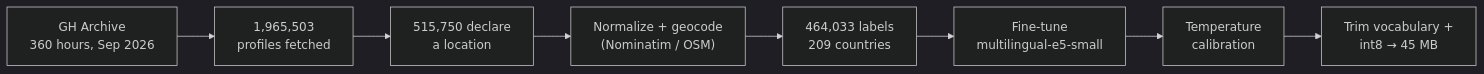
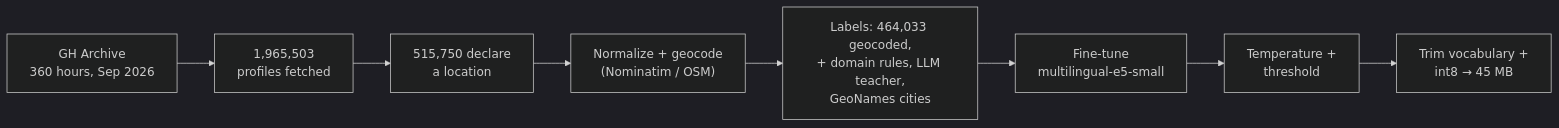
One commit to hsborges-msr/github-country-classifier changed the second of 2 diagrams in README.md. Above: the diagram before and after it, drawn with Mermaid (dark theme). The commit also changed other lines of this file and 6 other files, not shown here.

````diff
--- a/README.md
+++ b/README.md
@@ -137,10 +147,10 @@
 ```mermaid
 flowchart LR
   G["GH Archive<br/>360 hours, Sep 2026"] --> U["1,965,503<br/>profiles fetched"]
   U --> L["515,750 declare<br/>a location"]
   L --> N["Normalize + geocode<br/>(Nominatim / OSM)"]
-  N --> D["464,033 labels<br/>209 countries"]
+  N --> D["Labels: 464,033 geocoded,<br/>+ domain rules, LLM teacher,<br/>GeoNames cities"]
   D --> F["Fine-tune<br/>multilingual-e5-small"]
-  F --> K["Temperature<br/>calibration"]
+  F --> K["Temperature +<br/>threshold"]
   K --> X["Trim vocabulary +<br/>int8 → 45 MB"]
 ```
````
